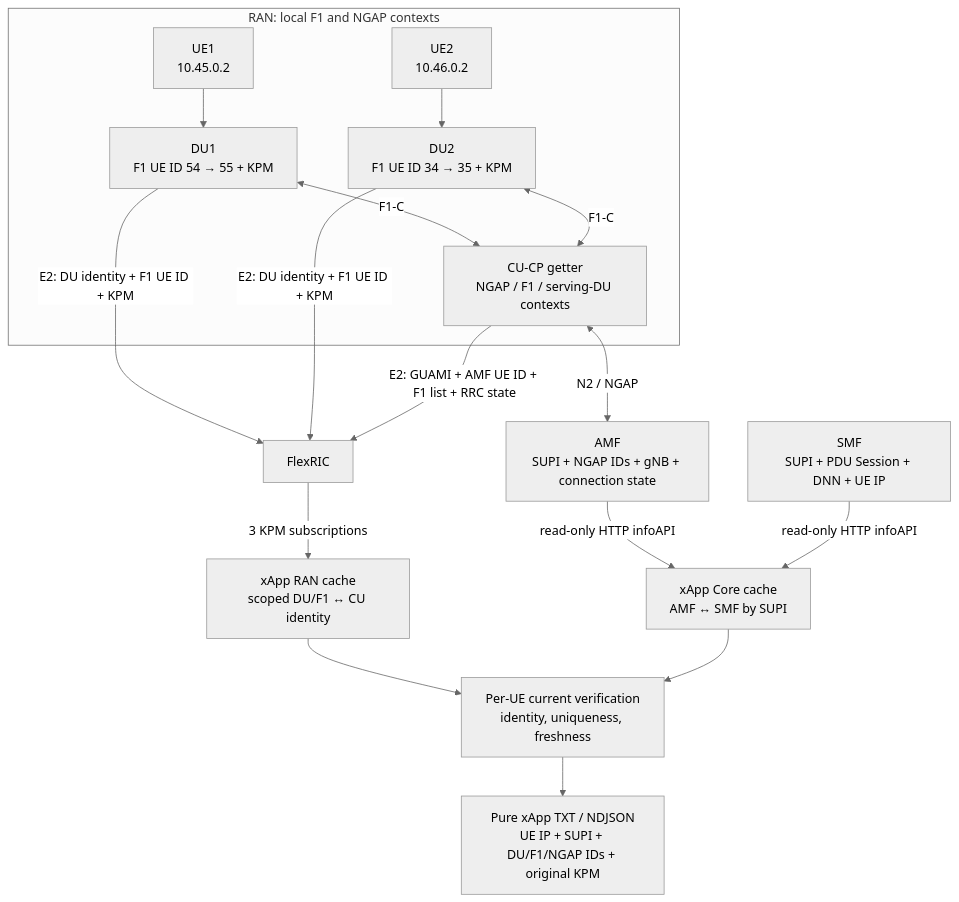
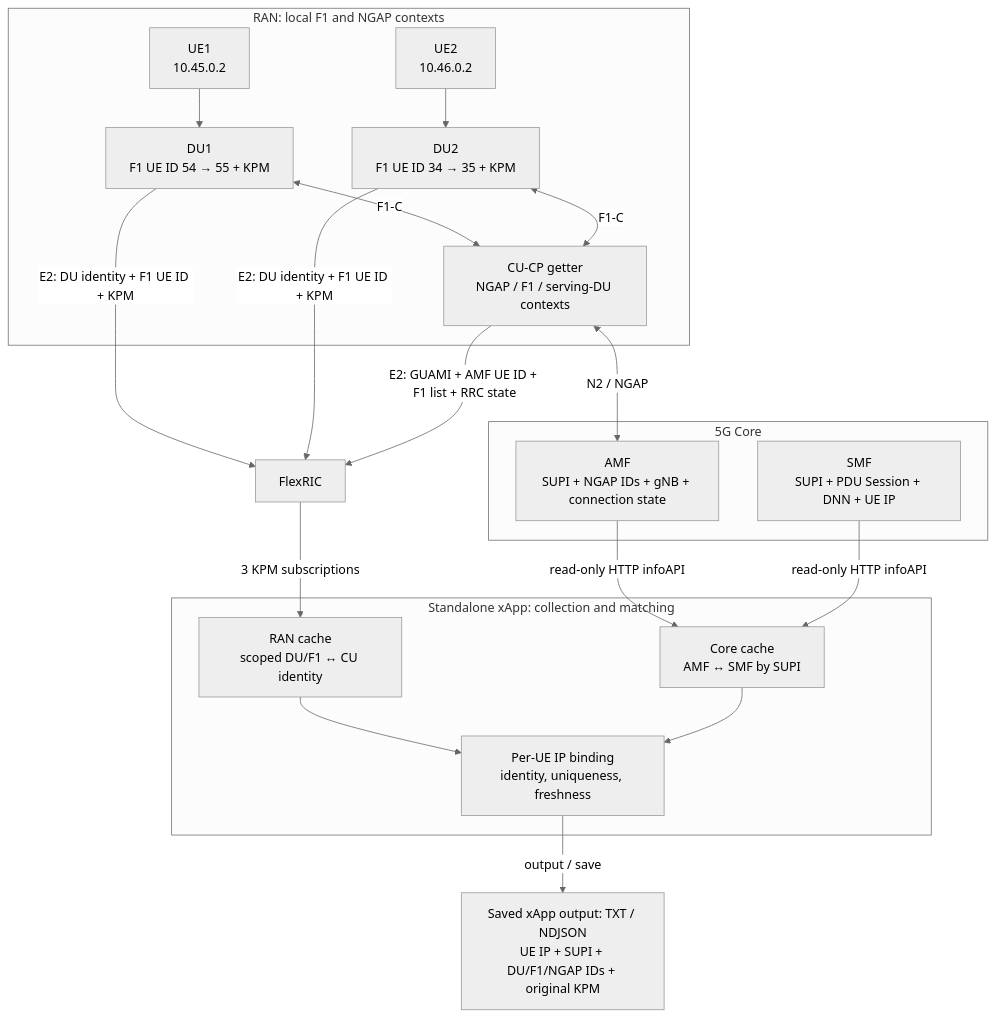
One commit to Ruibin2000/Falcon changed the diagram in docs/reports/ue_identity_dual_ue_live_2026-10-21.md. Above: the diagram before and after it, drawn with Mermaid (neutral theme). The commit also changed other lines of this file and 3 other files, not shown here.

````diff
--- a/docs/reports/ue_identity_dual_ue_live_2026-10-21.md
+++ b/docs/reports/ue_identity_dual_ue_live_2026-10-21.md
@@ -25,20 +31,27 @@
 ```mermaid
 flowchart TB
     subgraph RAN["RAN: local F1 and NGAP contexts"]
         U1["UE1<br/>10.45.0.2"] --> D1["DU1<br/>F1 UE ID 54 → 55 + KPM"]
         U2["UE2<br/>10.46.0.2"] --> D2["DU2<br/>F1 UE ID 34 → 35 + KPM"]
         D1 <-->|"F1-C"| CU["CU-CP getter<br/>NGAP / F1 / serving-DU contexts"]
         D2 <-->|"F1-C"| CU
     end
-    CU <-->|"N2 / NGAP"| AMF["AMF<br/>SUPI + NGAP IDs + gNB + connection state"]
-    SMF["SMF<br/>SUPI + PDU Session + DNN + UE IP"]
+    subgraph CORE5G["5G Core"]
+        AMF["AMF<br/>SUPI + NGAP IDs + gNB + connection state"]
+        SMF["SMF<br/>SUPI + PDU Session + DNN + UE IP"]
+    end
+    CU <-->|"N2 / NGAP"| AMF
     D1 -->|"E2: DU identity + F1 UE ID + KPM"| RIC["FlexRIC"]
     D2 -->|"E2: DU identity + F1 UE ID + KPM"| RIC
     CU -->|"E2: GUAMI + AMF UE ID + F1 list + RRC state"| RIC
-    RIC -->|"3 KPM subscriptions"| RADIO["xApp RAN cache<br/>scoped DU/F1 ↔ CU identity"]
-    AMF -->|"read-only HTTP infoAPI"| CORE["xApp Core cache<br/>AMF ↔ SMF by SUPI"]
+    subgraph XAPP["Standalone xApp: collection and matching"]
+        RADIO["RAN cache<br/>scoped DU/F1 ↔ CU identity"]
+        CORE["Core cache<br/>AMF ↔ SMF by SUPI"]
+        RADIO --> JOIN["Per-UE IP binding<br/>identity, uniqueness, freshness"]
+        CORE --> JOIN
+    end
+    JOIN -->|"output / save"| OUTPUT["Saved xApp output: TXT / NDJSON<br/>UE IP + SUPI + DU/F1/NGAP IDs + original KPM"]
+    RIC -->|"3 KPM subscriptions"| RADIO
+    AMF -->|"read-only HTTP infoAPI"| CORE
     SMF -->|"read-only HTTP infoAPI"| CORE
-    RADIO --> JOIN["Per-UE current verification<br/>identity, uniqueness, freshness"]
-    CORE --> JOIN
-    JOIN --> OUTPUT["Pure xApp TXT / NDJSON<br/>UE IP + SUPI + DU/F1/NGAP IDs + original KPM"]
 ```
````
